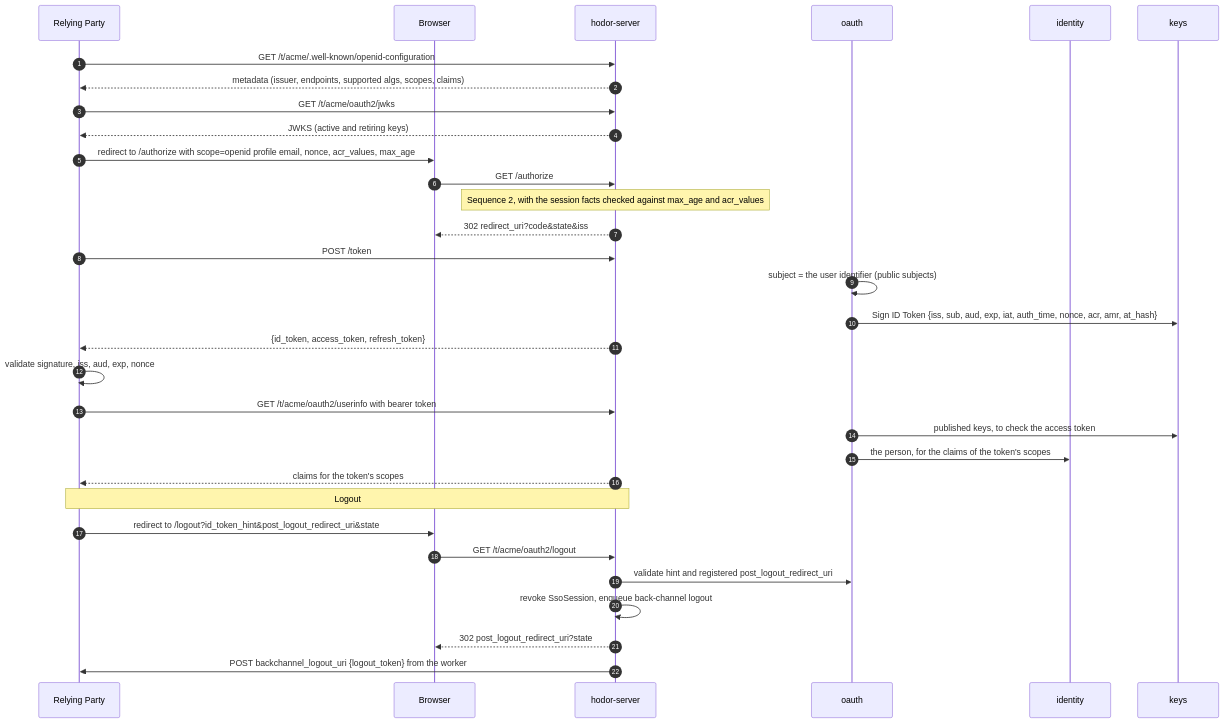
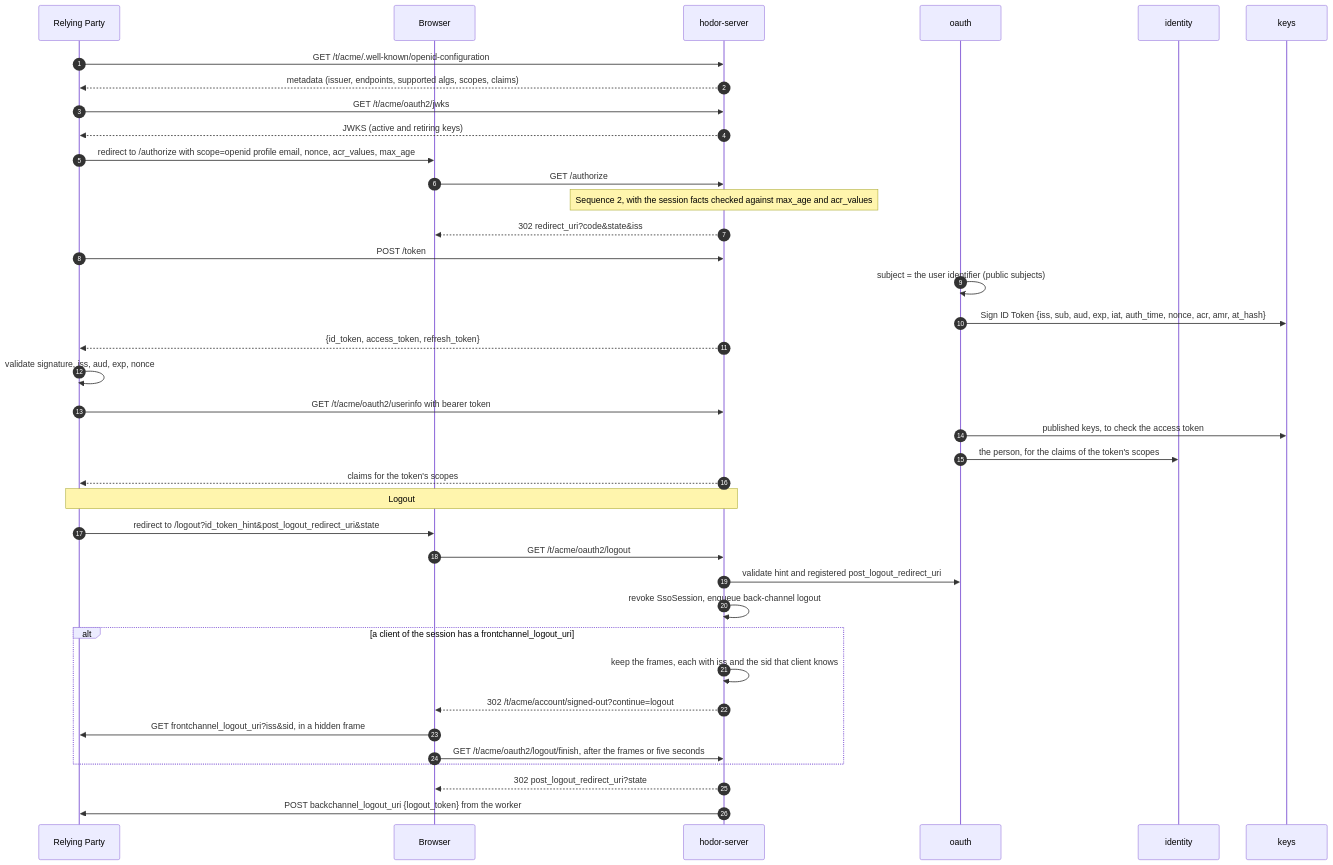
Before and after one commit to ortisun/hodor: the third of 8 diagrams in docs/protocols/sequences.md, drawn with Mermaid. The commit also changed 15 other files, not shown here.

Commit message:
docs(oauth): specify front-channel logout and the signed-out page

````diff
--- a/docs/protocols/sequences.md
+++ b/docs/protocols/sequences.md
@@ -107,35 +107,41 @@
 ```mermaid
 sequenceDiagram
     autonumber
     participant RelyingParty as Relying Party
     participant Browser as Browser
     participant Server as hodor-server
     participant OAuth as oauth
     participant Identity as identity
     participant Keys as keys
 
     RelyingParty->>Server: GET /t/acme/.well-known/openid-configuration
     Server-->>RelyingParty: metadata (issuer, endpoints, supported algs, scopes, claims)
     RelyingParty->>Server: GET /t/acme/oauth2/jwks
     Server-->>RelyingParty: JWKS (active and retiring keys)
     RelyingParty->>Browser: redirect to /authorize with scope=openid profile email, nonce, acr_values, max_age
     Browser->>Server: GET /authorize
     Note over Server: Sequence 2, with the session facts checked against max_age and acr_values
     Server-->>Browser: 302 redirect_uri?code&state&iss
     RelyingParty->>Server: POST /token
     OAuth->>OAuth: subject = the user identifier (public subjects)
     OAuth->>Keys: Sign ID Token {iss, sub, aud, exp, iat, auth_time, nonce, acr, amr, at_hash}
     Server-->>RelyingParty: {id_token, access_token, refresh_token}
     RelyingParty->>RelyingParty: validate signature, iss, aud, exp, nonce
     RelyingParty->>Server: GET /t/acme/oauth2/userinfo with bearer token
     OAuth->>Keys: published keys, to check the access token
     OAuth->>Identity: the person, for the claims of the token's scopes
     Server-->>RelyingParty: claims for the token's scopes
     Note over RelyingParty,Server: Logout
     RelyingParty->>Browser: redirect to /logout?id_token_hint&post_logout_redirect_uri&state
     Browser->>Server: GET /t/acme/oauth2/logout
     Server->>OAuth: validate hint and registered post_logout_redirect_uri
     Server->>Server: revoke SsoSession, enqueue back-channel logout
+    alt a client of the session has a frontchannel_logout_uri
+        Server->>Server: keep the frames, each with iss and the sid that client knows
+        Server-->>Browser: 302 /t/acme/account/signed-out?continue=logout
+        Browser->>RelyingParty: GET frontchannel_logout_uri?iss&sid, in a hidden frame
+        Browser->>Server: GET /t/acme/oauth2/logout/finish, after the frames or five seconds
+    end
     Server-->>Browser: 302 post_logout_redirect_uri?state
     Server->>RelyingParty: POST backchannel_logout_uri {logout_token} from the worker
 ```
````
